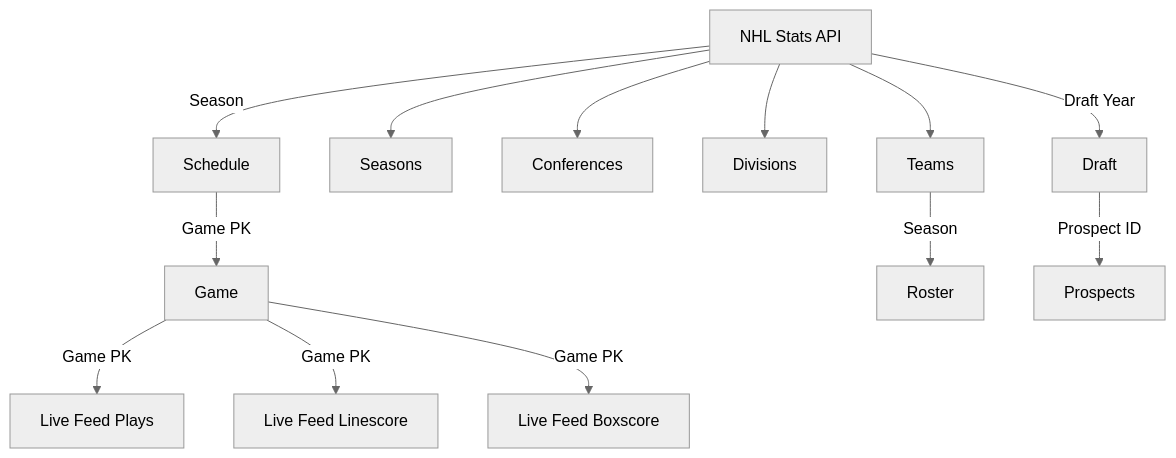
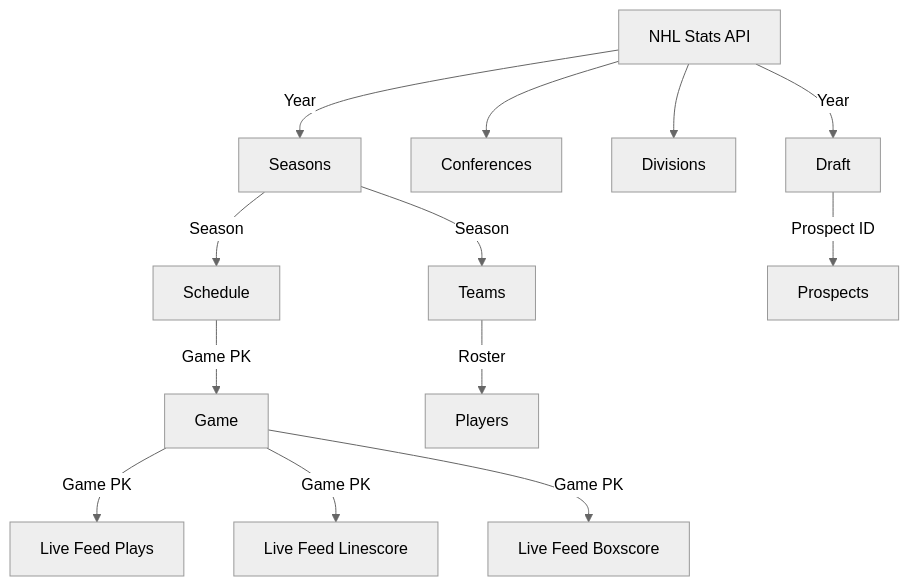
One commit to the-data-base/tap-nhl changed the diagram in README.md. Above: the diagram before and after it, drawn with Mermaid (neutral theme). The commit also changed 5 other files, not shown here.

````diff
--- a/README.md
+++ b/README.md
@@ -9,15 +9,15 @@
 ```mermaid
 flowchart TD
-Root[NHL Stats API] -->|Season| Schedule[Schedule]
-Root[NHL Stats API] --> Seasons[Seasons]
+Root[NHL Stats API] -->|Year| Seasons[Seasons]
 Root[NHL Stats API] --> Conferences[Conferences]
 Root[NHL Stats API] --> Divisions[Divisions]
-Root[NHL Stats API] --> Teams[Teams]
-Root[NHL Stats API] -->|Draft Year| Draft[Draft]
+Root[NHL Stats API] -->|Year| Draft[Draft]
+Seasons[Seasons] -->|Season| Schedule[Schedule]
+Seasons[Seasons] --> |Season| Teams[Teams]
 Schedule[Schedule] -->|Game PK| Game[Game]
 Game[Game] -->|Game PK| Plays[Live Feed Plays]
 Game[Game] -->|Game PK| Linescore[Live Feed Linescore]
 Game[Game] -->|Game PK| Boxscore[Live Feed Boxscore]
-Teams[Teams] -->|Season| Roster[Roster]
+Teams[Teams] --> |Roster| Player[Players]
 Draft[Draft] -->|Prospect ID| Prospects[Prospects]
 ```
````
